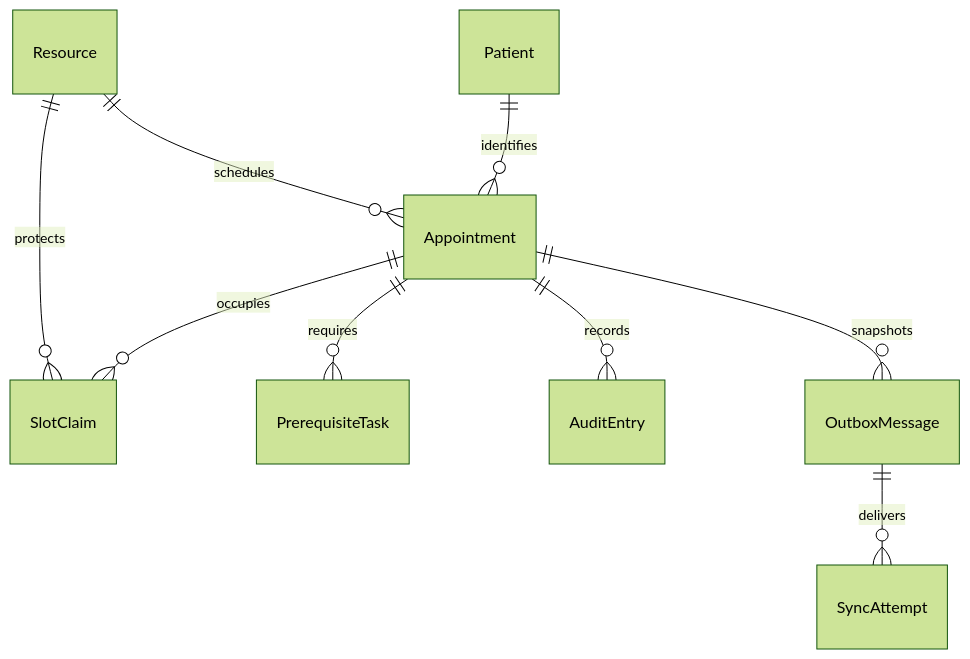
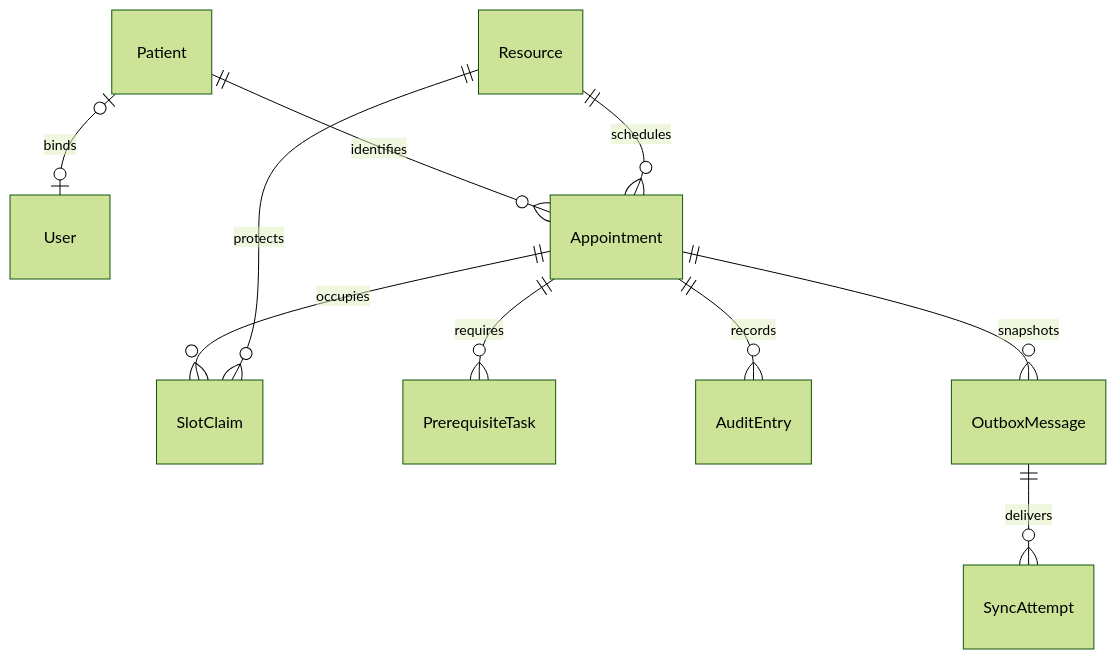
Before and after one commit to sjjjlol/ClinicFlow: the second of 5 diagrams in docs/architecture.md, drawn with Mermaid (forest theme). The commit also changed other lines of this file and 62 other files, not shown here.

````diff
--- a/docs/architecture.md
+++ b/docs/architecture.md
@@ -19,11 +19,12 @@
 ```mermaid
 erDiagram
+  Patient |o--o| User : binds
   Patient ||--o{ Appointment : identifies
   Resource ||--o{ Appointment : schedules
   Appointment ||--o{ SlotClaim : occupies
   Resource ||--o{ SlotClaim : protects
   Appointment ||--o{ PrerequisiteTask : requires
   Appointment ||--o{ AuditEntry : records
   Appointment ||--o{ OutboxMessage : snapshots
   OutboxMessage ||--o{ SyncAttempt : delivers
 ```
````
